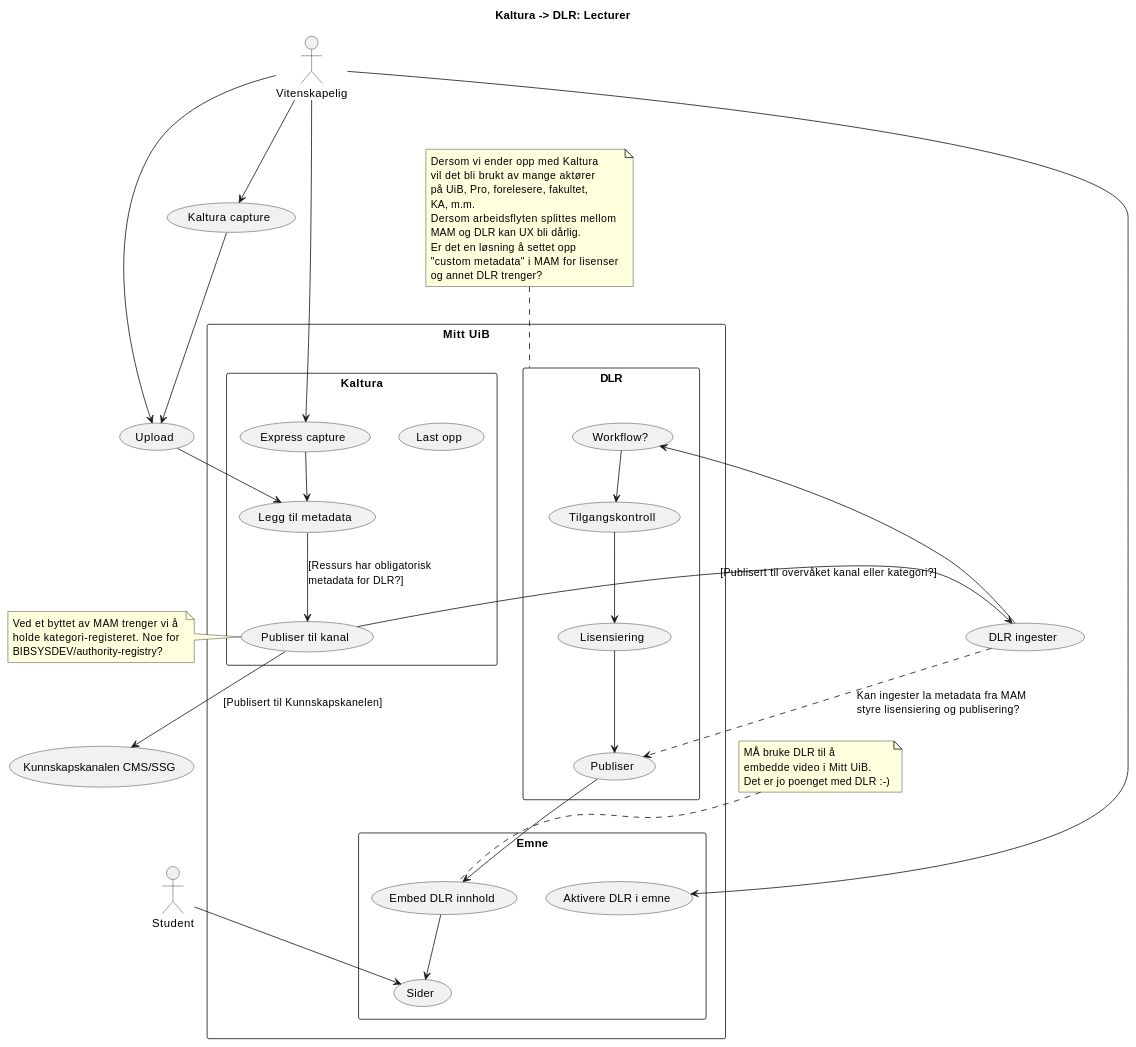
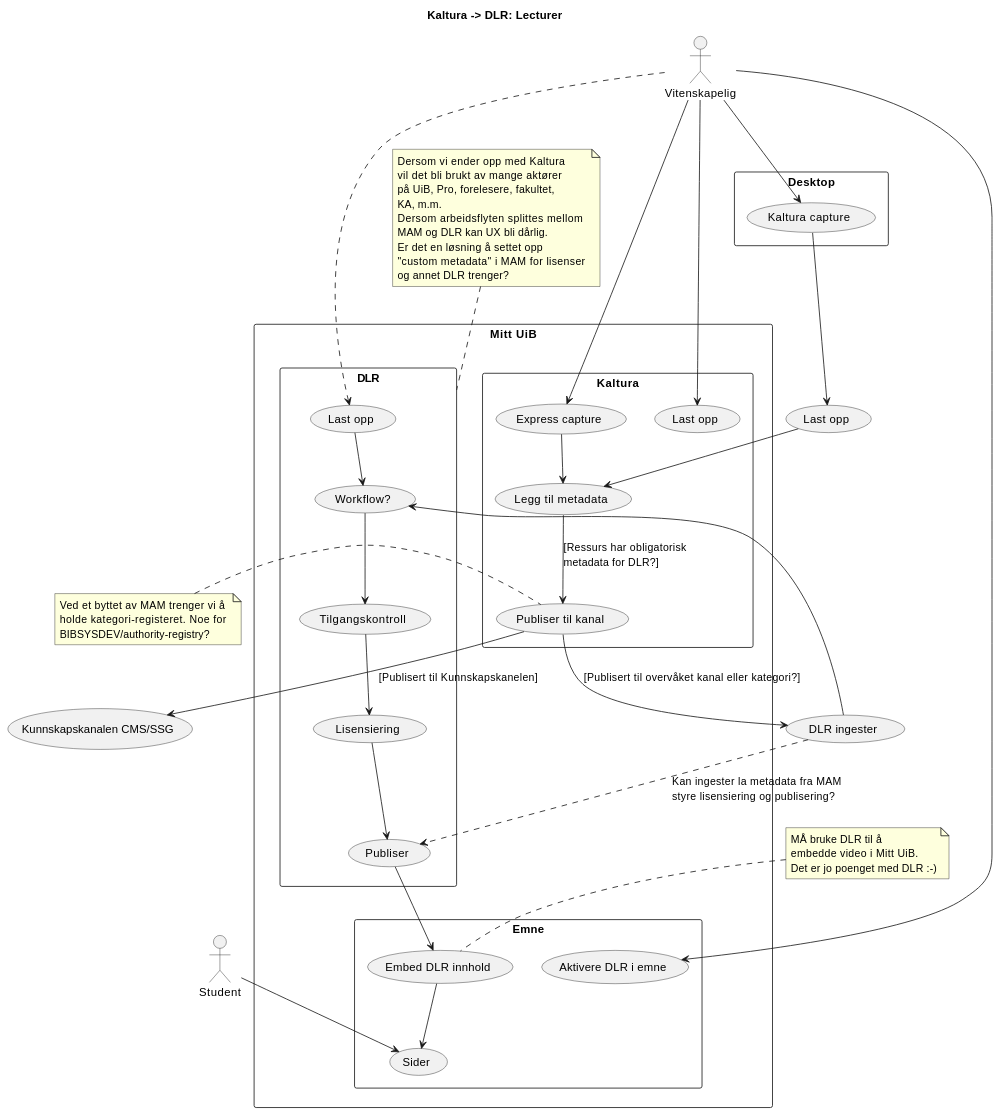
Before and after one commit to tarjelavik/mam-dlr-architecture: the diagram in src/docs/academic.md, drawn with PlantUML.

Commit message:
Enda mer klargjøring

```diff
--- a/src/docs/academic.md
+++ b/src/docs/academic.md
@@ -8,15 +8,20 @@
 
 title Kaltura -> DLR: Lecturer
 
+rectangle Desktop {
+    (Kaltura capture)
+}
+
 rectangle "Mitt UiB" as mittuib {
     rectangle Kaltura {
-        (Last opp)
+        (Last opp) as kupload
         (Express capture) 
         (Legg til metadata) as metadata
         (Publiser til kanal) as channel
     }
 
     rectangle DLR {
+        (Last opp) as dlrupload
         (Tilgangskontroll) as access
         (Lisensiering) as license
         (Publiser) as publish
@@ -32,11 +37,13 @@
 :Vitenskapelig: as Lecturer
 :Student: as Student
 
-Lecturer --> (Upload)
+Lecturer --> kupload
+Lecturer ..> dlrupload
+dlrupload --> wf
 Lecturer --> (Kaltura capture)
 Lecturer --> (Express capture) 
-(Kaltura capture) --> (Upload)
-(Upload) --> metadata
+(Kaltura capture) --> (Last opp)
+(Last opp) --> metadata
 (Express capture) --> metadata
 metadata --> channel : "[Ressurs har obligatorisk \lmetadata for DLR?]"
 
```
